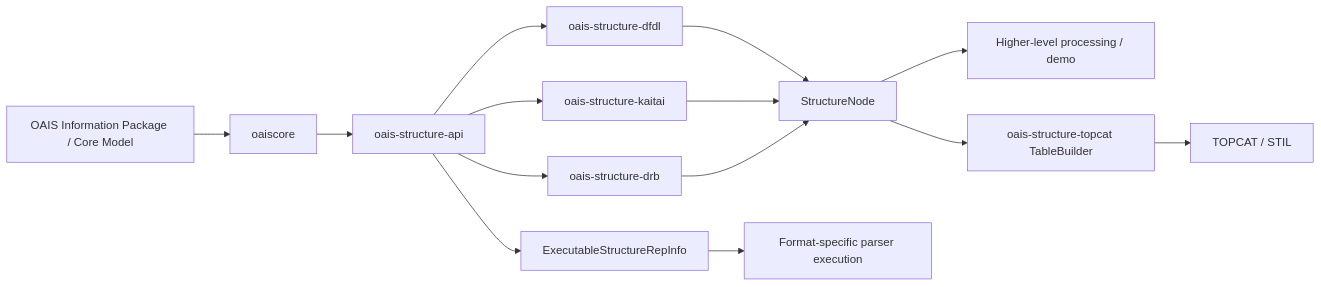
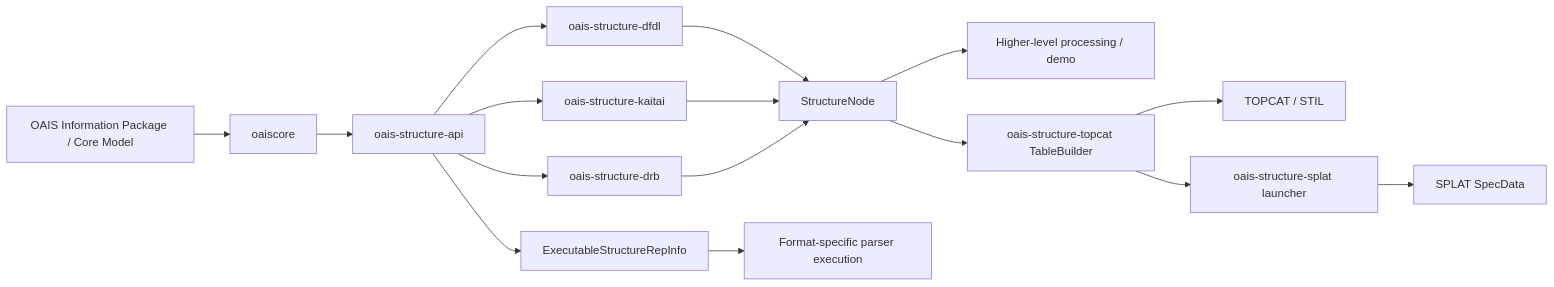
One commit to dgiaretta/oaisrepinfo changed the diagram in README.md. Above: the diagram before and after it, drawn with Mermaid. The commit also changed other lines of this file and 9 other files, not shown here.

First line of the commit message:
Add oais-structure-splat: open DFDL/Kaitai/DRB data as a SPLAT spectrum

````diff
--- a/README.md
+++ b/README.md
@@ -46,17 +47,19 @@
 ```mermaid
 flowchart LR
     A[OAIS Information Package / Core Model] --> B[oaiscore]
     B --> C[oais-structure-api]
     C --> D[oais-structure-dfdl]
     C --> E[oais-structure-kaitai]
     C --> F[oais-structure-drb]
     D --> G[StructureNode]
     E --> G
     F --> G
     G --> H[Higher-level processing / demo]
     G --> K[oais-structure-topcat TableBuilder]
     K --> L[TOPCAT / STIL]
+    K --> M[oais-structure-splat launcher]
+    M --> N[SPLAT SpecData]
 
     C --> I[ExecutableStructureRepInfo]
     I --> J[Format-specific parser execution]
 ```
````
